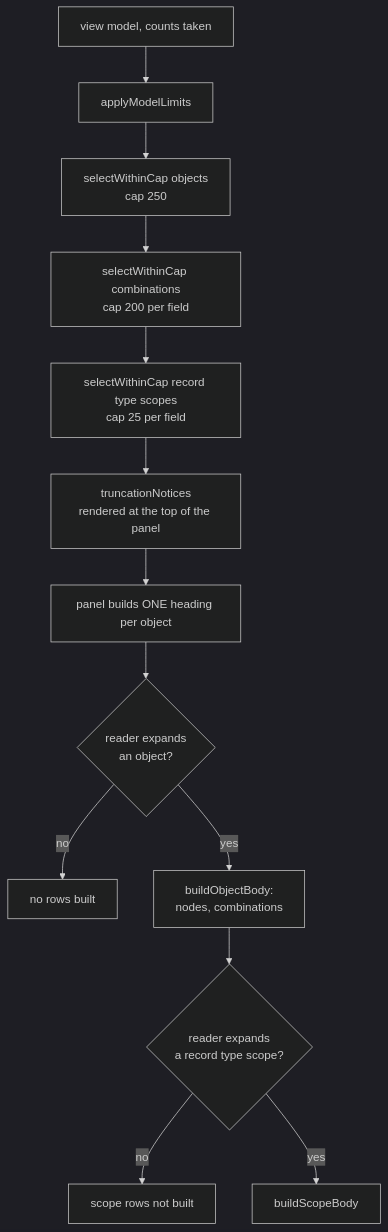
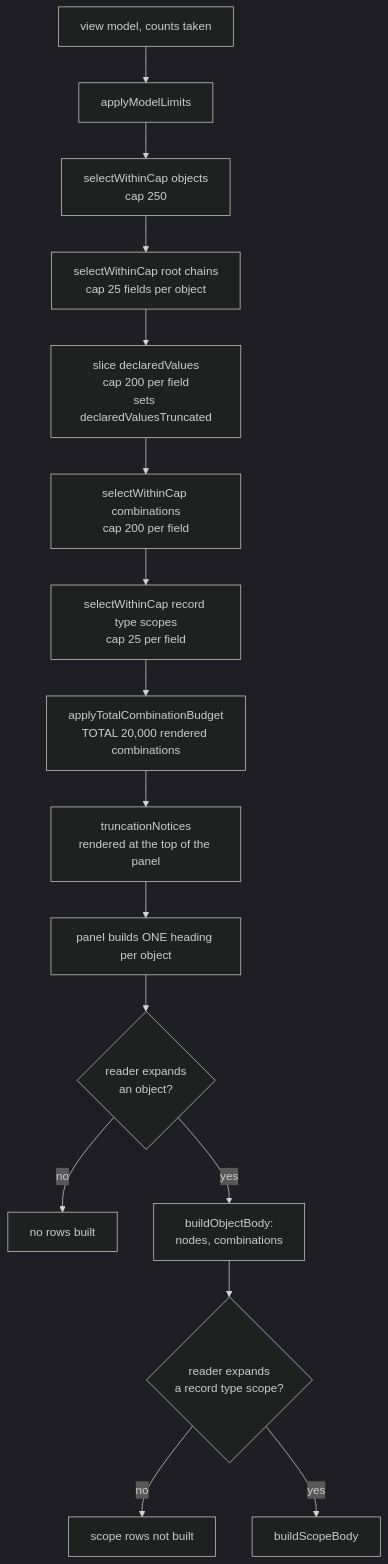
The tenth of 10 diagrams in scripts/picklist-dependency-demo/PICKLIST-DEPENDENCY-FLOW.md (jdschleicher/Salesforce-Data-Treecipe), drawn with Mermaid (dark theme) before and after one commit. The commit also changed other lines of this file and 5 other files, not shown here.

````diff
--- a/scripts/picklist-dependency-demo/PICKLIST-DEPENDENCY-FLOW.md
+++ b/scripts/picklist-dependency-demo/PICKLIST-DEPENDENCY-FLOW.md
@@ -535,18 +535,21 @@
 ```mermaid
 flowchart TD
     VM["view model, counts taken"] --> LIMITS["applyModelLimits"]
 
     LIMITS --> OBJ["selectWithinCap objects<br/>cap 250"]
-    OBJ --> COMBO["selectWithinCap combinations<br/>cap 200 per field"]
+    OBJ --> NODE["selectWithinCap root chains<br/>cap 25 fields per object"]
+    NODE --> VALUES["slice declaredValues<br/>cap 200 per field<br/>sets declaredValuesTruncated"]
+    VALUES --> COMBO["selectWithinCap combinations<br/>cap 200 per field"]
     COMBO --> SCOPE["selectWithinCap record type scopes<br/>cap 25 per field"]
+    SCOPE --> BUDGET["applyTotalCombinationBudget<br/>TOTAL 20,000 rendered combinations"]
 
-    SCOPE --> NOTICE["truncationNotices<br/>rendered at the top of the panel"]
+    BUDGET --> NOTICE["truncationNotices<br/>rendered at the top of the panel"]
 
     NOTICE --> HEADINGS["panel builds ONE heading per object"]
     HEADINGS --> EXPAND{"reader expands<br/>an object?"}
     EXPAND -- no --> IDLE["no rows built"]
     EXPAND -- yes --> ROWS["buildObjectBody:<br/>nodes, combinations"]
     ROWS --> SCOPEEXPAND{"reader expands<br/>a record type scope?"}
     SCOPEEXPAND -- no --> IDLE2["scope rows not built"]
     SCOPEEXPAND -- yes --> SCOPEROWS["buildScopeBody"]
 ```
````
